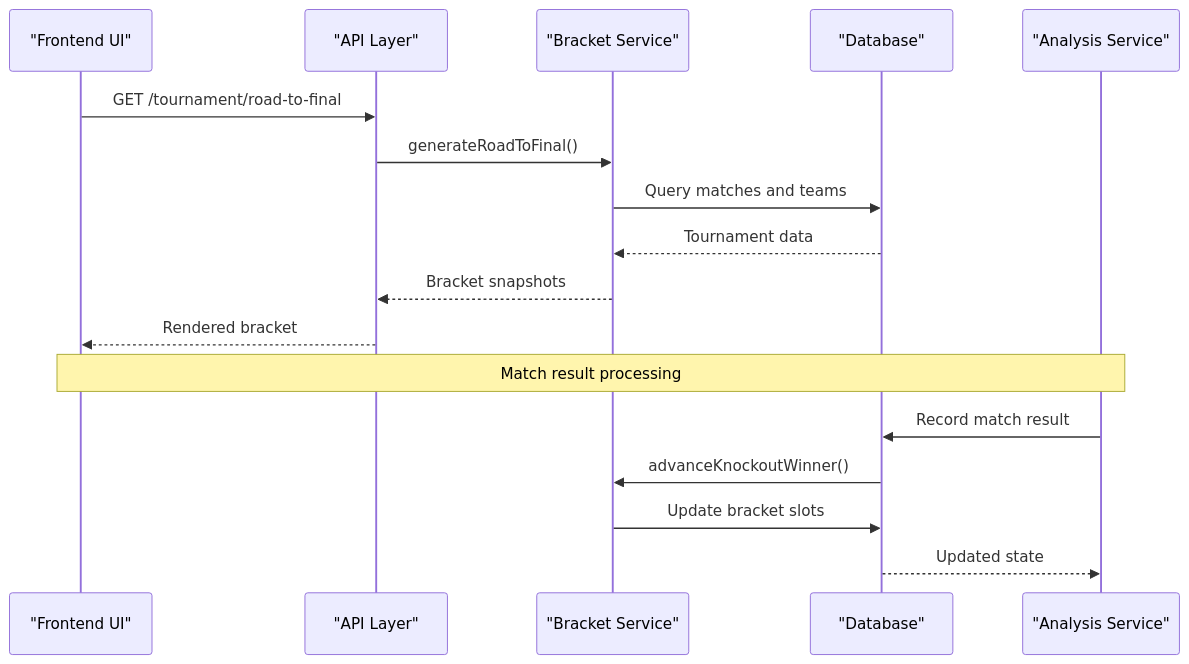
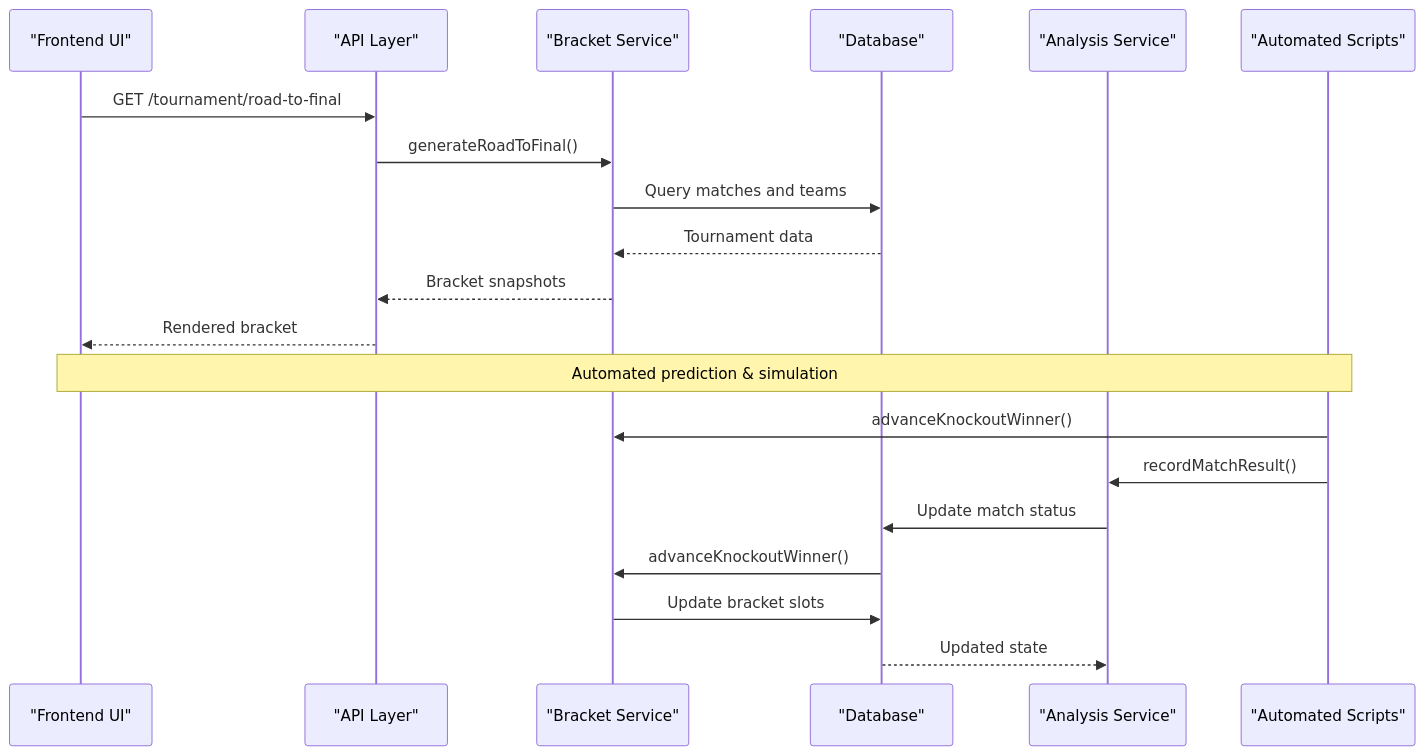
One commit to cheesiong/WC26-qwen changed the second of 10 diagrams in .qoder/repowiki/en/content/Tournament Management/Bracket Service.md. Above: the diagram before and after it, drawn with Mermaid. The commit also changed other lines of this file and 49 other files, not shown here.

````diff
--- a/.qoder/repowiki/en/content/Tournament Management/Bracket Service.md
+++ b/.qoder/repowiki/en/content/Tournament Management/Bracket Service.md
@@ -106,19 +165,22 @@
 ```mermaid
 sequenceDiagram
 participant Frontend as "Frontend UI"
 participant API as "API Layer"
 participant Bracket as "Bracket Service"
 participant DB as "Database"
 participant Analysis as "Analysis Service"
+participant Scripts as "Automated Scripts"
 Frontend->>API : GET /tournament/road-to-final
 API->>Bracket : generateRoadToFinal()
 Bracket->>DB : Query matches and teams
 DB-->>Bracket : Tournament data
 Bracket-->>API : Bracket snapshots
 API-->>Frontend : Rendered bracket
-Note over Frontend,Analysis : Match result processing
-Analysis->>DB : Record match result
+Note over Frontend,Scripts : Automated prediction & simulation
+Scripts->>Bracket : advanceKnockoutWinner()
+Scripts->>Analysis : recordMatchResult()
+Analysis->>DB : Update match status
 DB->>Bracket : advanceKnockoutWinner()
 Bracket->>DB : Update bracket slots
 DB-->>Analysis : Updated state
 ```
````
